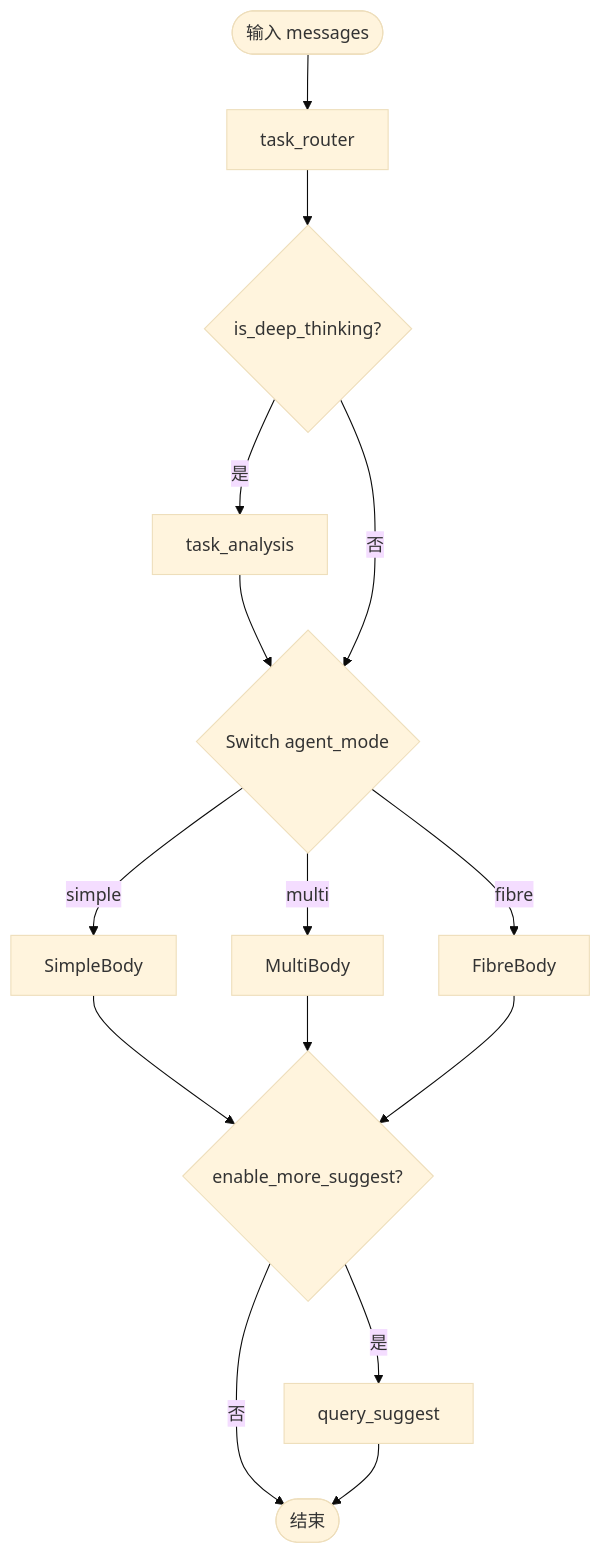
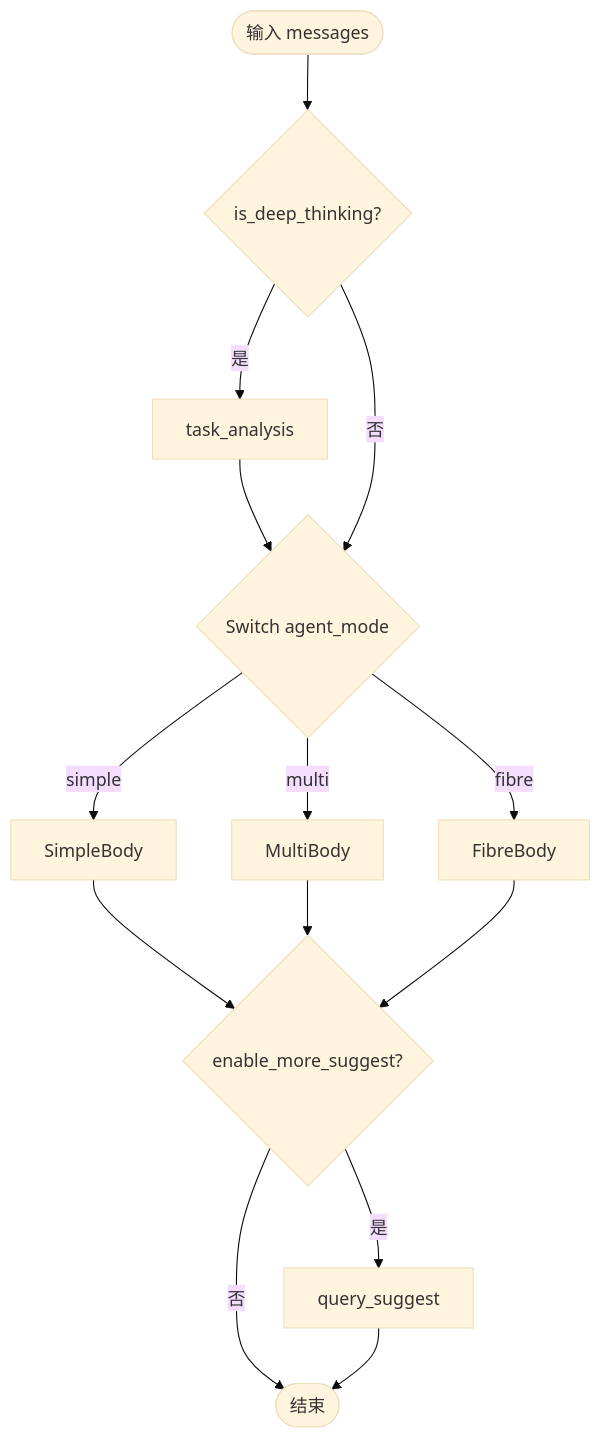
The seventh of 10 diagrams in docs/zh/architecture/ARCHITECTURE_SAGENTS_AGENT_FLOW.md (ZHangZHengEric/Sage), drawn with Mermaid (base theme) before and after one commit. The commit also changed other lines of this file and 37 other files, not shown here.

First line of the commit message:
Remove task router; refactor plan agent; add lint tool and structured tool errors

````diff
--- a/docs/zh/architecture/ARCHITECTURE_SAGENTS_AGENT_FLOW.md
+++ b/docs/zh/architecture/ARCHITECTURE_SAGENTS_AGENT_FLOW.md
@@ -166,18 +165,17 @@
 ```mermaid
 flowchart TB
-    Start([输入 messages]) --> R[task_router]
-    R --> DT{is_deep_thinking?}
+    Start([输入 messages]) --> DT{is_deep_thinking?}
     DT -->|是| Ana[task_analysis] --> Sw
     DT -->|否| Sw
     Sw{Switch agent_mode}
     Sw -->|simple| SimpleBody
     Sw -->|multi| MultiBody
     Sw -->|fibre| FibreBody
     SimpleBody --> More
     MultiBody --> More
     FibreBody --> More
     More{enable_more_suggest?}
     More -->|是| QS[query_suggest]
     More -->|否| End
     QS --> End([结束])
 ```
````
